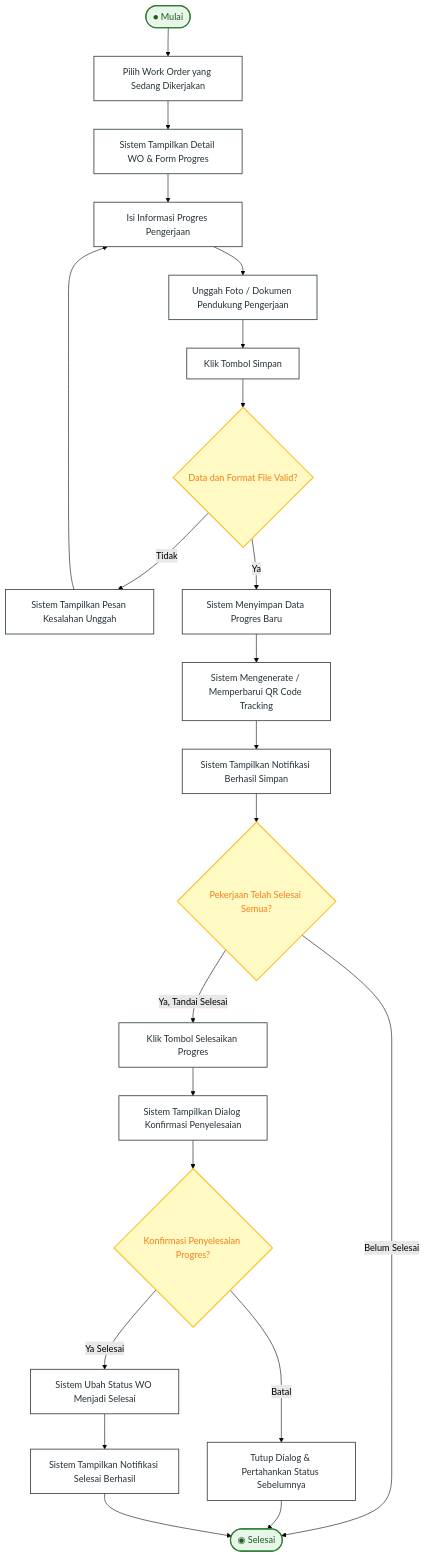
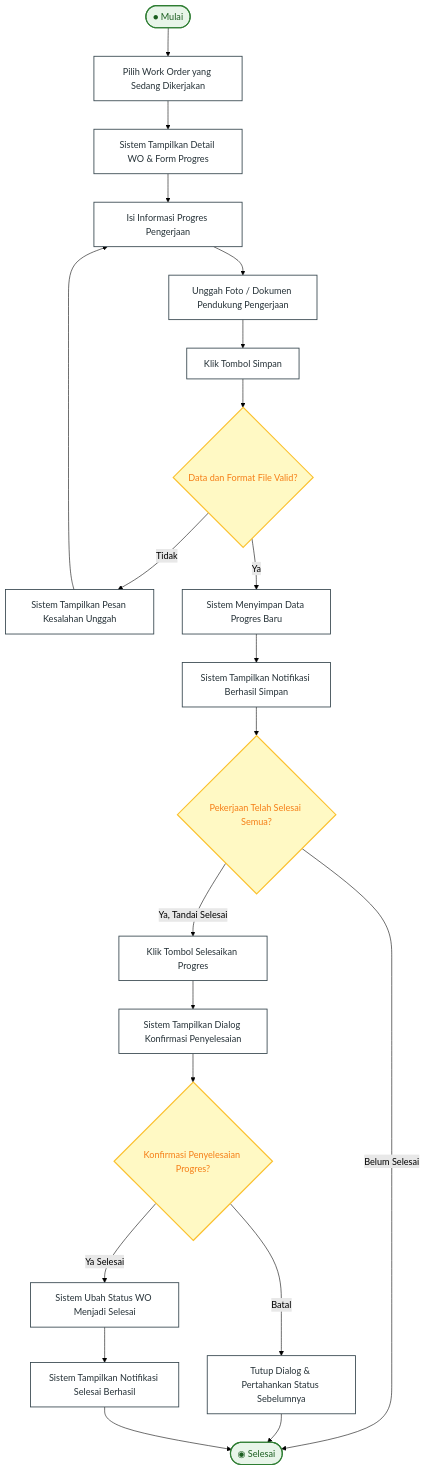
Before and after one commit to SatriaBaktiWijaya/SemuaDiagram: the diagram in diagrams/activity/03_mengelola_progres.md, drawn with Mermaid (forest theme). The commit also changed 11 other files, not shown here.

````diff
--- a/diagrams/activity/03_mengelola_progres.md
+++ b/diagrams/activity/03_mengelola_progres.md
@@ -3,38 +3,37 @@
 ```mermaid
 flowchart TD
     Start([● Mulai]) --> P1[Pilih Work Order yang Sedang Dikerjakan]
     P1 --> S1[Sistem Tampilkan Detail WO & Form Progres]
     S1 --> P2[Isi Informasi Progres Pengerjaan]
     P2 --> P3[Unggah Foto / Dokumen Pendukung Pengerjaan]
     P3 --> P4[Klik Tombol Simpan]
     P4 --> S2{Data dan Format File Valid?}
     
     S2 -->|Tidak| S3[Sistem Tampilkan Pesan Kesalahan Unggah]
     S3 --> P2
     
     S2 -->|Ya| S4[Sistem Menyimpan Data Progres Baru]
-    S4 --> S5[Sistem Mengenerate / Memperbarui QR Code Tracking]
-    S5 --> S6[Sistem Tampilkan Notifikasi Berhasil Simpan]
+    S4 --> S6[Sistem Tampilkan Notifikasi Berhasil Simpan]
     S6 --> P5{Pekerjaan Telah Selesai Semua?}
 
     P5 -->|Belum Selesai| EndNode([◉ Selesai])
     
     P5 -->|Ya, Tandai Selesai| P6[Klik Tombol Selesaikan Progres]
     P6 --> S7[Sistem Tampilkan Dialog Konfirmasi Penyelesaian]
     S7 --> P7{Konfirmasi Penyelesaian Progres?}
     
     P7 -->|Batal| S8[Tutup Dialog & Pertahankan Status Sebelumnya]
     S8 --> EndNode
     
     P7 -->|Ya Selesai| S9[Sistem Ubah Status WO Menjadi Selesai]
     S9 --> S10[Sistem Tampilkan Notifikasi Selesai Berhasil]
     S10 --> EndNode
 
     classDef startEnd fill:#E8F5E9,stroke:#2E7D32,stroke-width:2px,color:#1B5E20;
     classDef action fill:#FFFFFF,stroke:#37474F,stroke-width:1.5px,color:#263238;
     classDef decision fill:#FFF9C4,stroke:#FBC02D,stroke-width:2px,color:#F57F17;
     
     class Start,EndNode startEnd;
-    class P1,S1,P2,P3,P4,S3,S4,S5,S6,P6,S7,S8,S9,S10 action;
+    class P1,S1,P2,P3,P4,S3,S4,S6,P6,S7,S8,S9,S10 action;
     class S2,P5,P7 decision;
 ```
````
